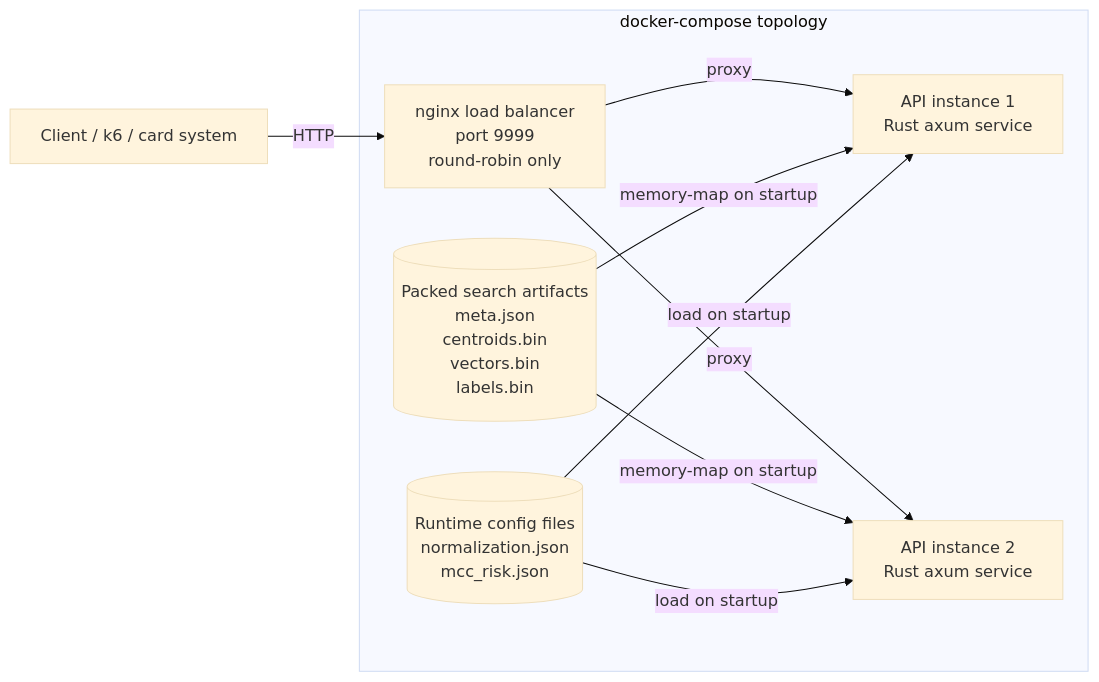
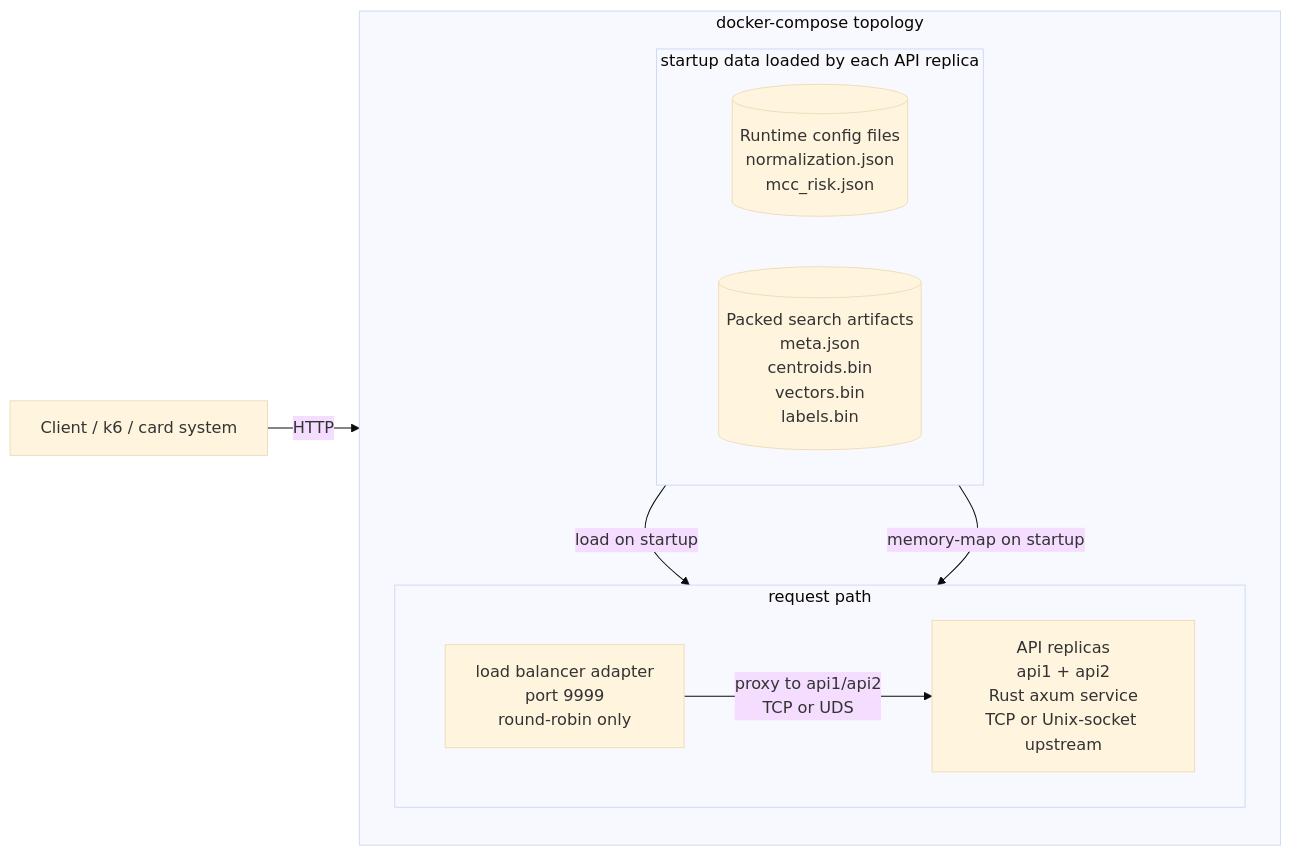
One commit to zanfranceschi/rinha-de-backend-2026 changed the second of 5 diagrams in docs/en/IMPLEMENTATION_C4.md. Above: the diagram before and after it, drawn with Mermaid (base theme). The commit also changed other lines of this file and 8 other files, not shown here.

````diff
--- a/docs/en/IMPLEMENTATION_C4.md
+++ b/docs/en/IMPLEMENTATION_C4.md
@@ -34,20 +36,25 @@
 ```mermaid
 flowchart LR
     client[Client / k6 / card system]
 
     subgraph compose[docker-compose topology]
-        lb[nginx load balancer<br/>port 9999<br/>round-robin only]
-        api1[API instance 1<br/>Rust axum service]
-        api2[API instance 2<br/>Rust axum service]
-        artifacts[(Packed search artifacts<br/>meta.json<br/>centroids.bin<br/>vectors.bin<br/>labels.bin)]
-        config[(Runtime config files<br/>normalization.json<br/>mcc_risk.json)]
+        direction TB
+
+        subgraph traffic[request path]
+            direction LR
+            lb[load balancer adapter<br/>port 9999<br/>round-robin only]
+            apis[API replicas<br/>api1 + api2<br/>Rust axum service<br/>TCP or Unix-socket upstream]
+        end
+
+        subgraph data[startup data loaded by each API replica]
+            direction LR
+            config[(Runtime config files<br/>normalization.json<br/>mcc_risk.json)]
+            artifacts[(Packed search artifacts<br/>meta.json<br/>centroids.bin<br/>vectors.bin<br/>labels.bin)]
+        end
     end
 
     client -->|HTTP| lb
-    lb -->|proxy| api1
-    lb -->|proxy| api2
-    artifacts -->|memory-map on startup| api1
-    artifacts -->|memory-map on startup| api2
-    config -->|load on startup| api1
-    config -->|load on startup| api2
+    lb -->|proxy to api1/api2<br/>TCP or UDS| apis
+    config -->|load on startup| apis
+    artifacts -->|memory-map on startup| apis
 ```
````
